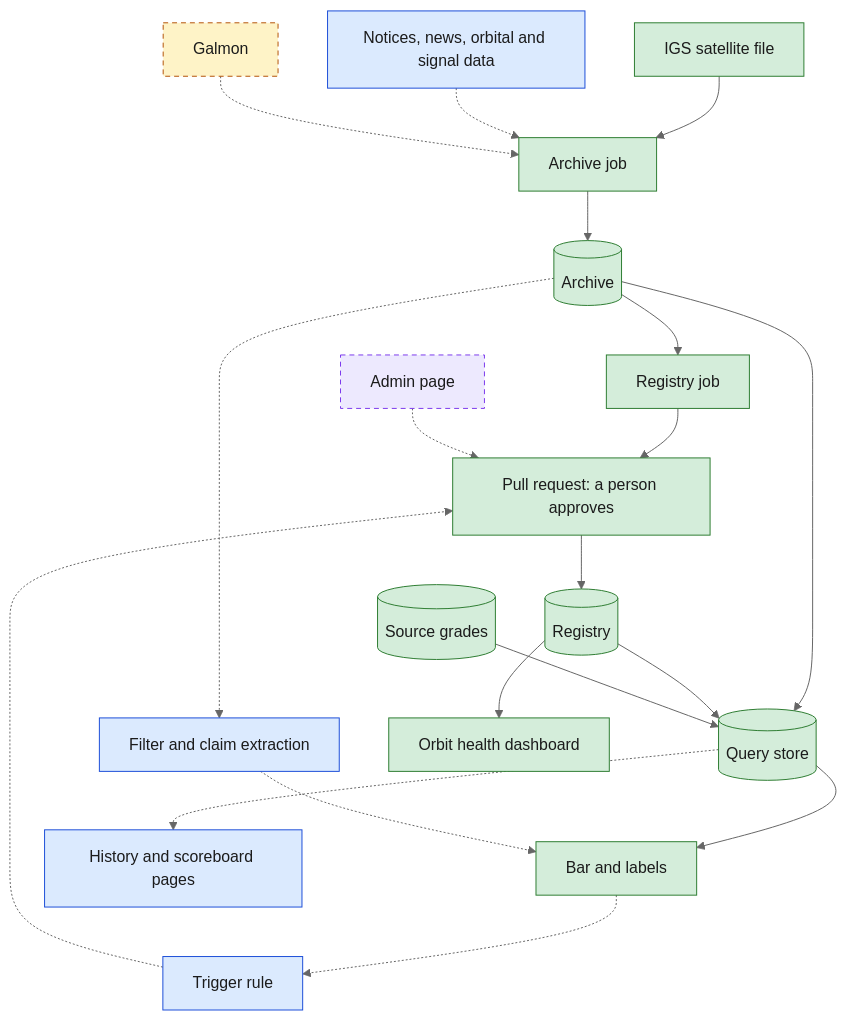
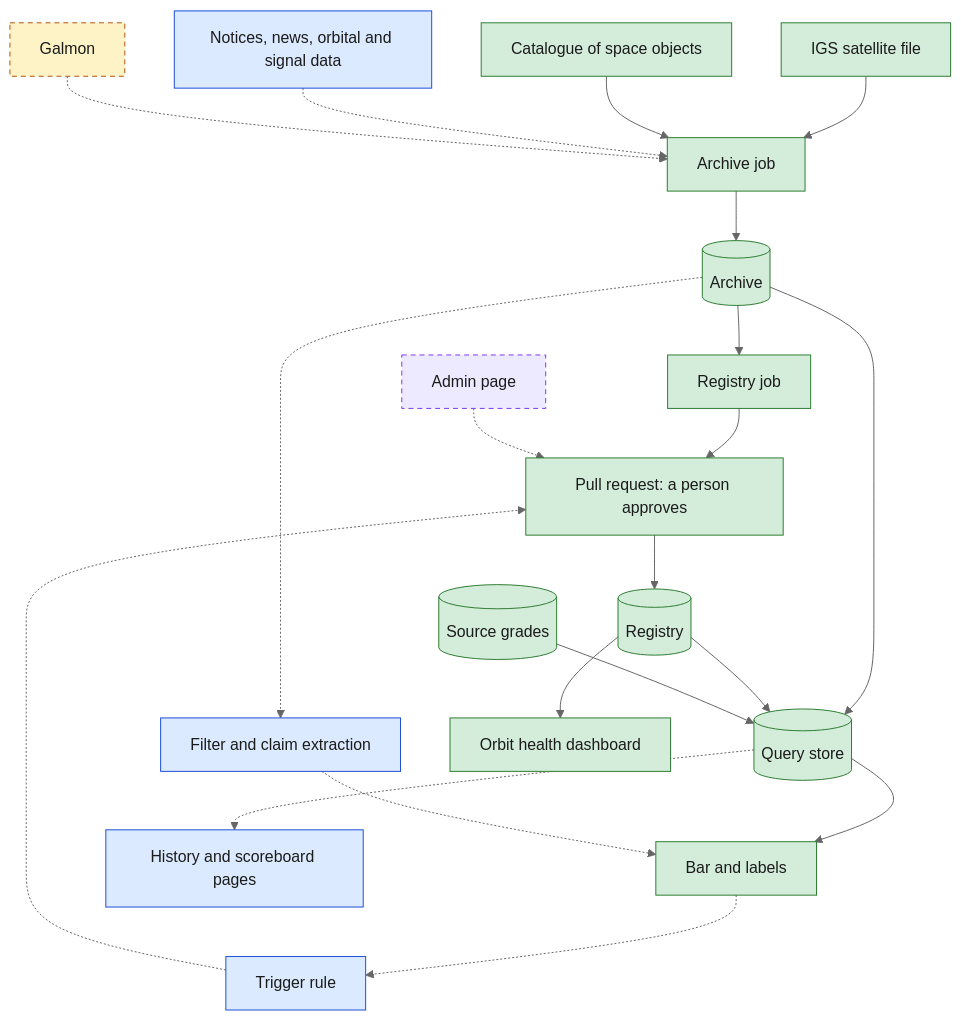
The first of 5 diagrams in docs/system-design.md (SumanthVarma798/GNSS-Constellation-Health-Monitoring-System), drawn with Mermaid (neutral theme) before and after one commit. The commit also changed other lines of this file and 13 other files, not shown here.

````diff
--- a/docs/system-design.md
+++ b/docs/system-design.md
@@ -22,26 +22,27 @@
 ```mermaid
 flowchart TB
   igs["IGS satellite file"]:::built --> fetch["Archive job"]:::built
+  gcat["Catalogue of space objects"]:::built --> fetch
   more["Notices, news, orbital and signal data"]:::planned -.-> fetch
   galmon["Galmon"]:::hold -.-> fetch
   fetch --> archive[("Archive")]:::built
   archive --> regjob["Registry job"]:::built
   regjob --> pr["Pull request: a person approves"]:::built
   pr --> registry[("Registry")]:::built
   archive --> store[("Query store")]:::built
   registry --> store
   grades[("Source grades")]:::built --> store
   store --> bar["Bar and labels"]:::built
   archive -.-> extract["Filter and claim extraction"]:::planned
   extract -.-> bar
   bar -.-> trigger["Trigger rule"]:::planned
   trigger -.-> pr
   store -.-> pages["History and scoreboard pages"]:::planned
   registry --> orbit["Orbit health dashboard"]:::built
   admin["Admin page"]:::later -.-> pr
 
   classDef built fill:#d4edda,stroke:#2e7d32,color:#1b1b1b
   classDef planned fill:#dbeafe,stroke:#1d4ed8,color:#1b1b1b
   classDef later fill:#ede9fe,stroke:#7c3aed,color:#1b1b1b,stroke-dasharray:5 4
   classDef hold fill:#fef3c7,stroke:#b45309,color:#1b1b1b,stroke-dasharray:5 4
 ```
````
